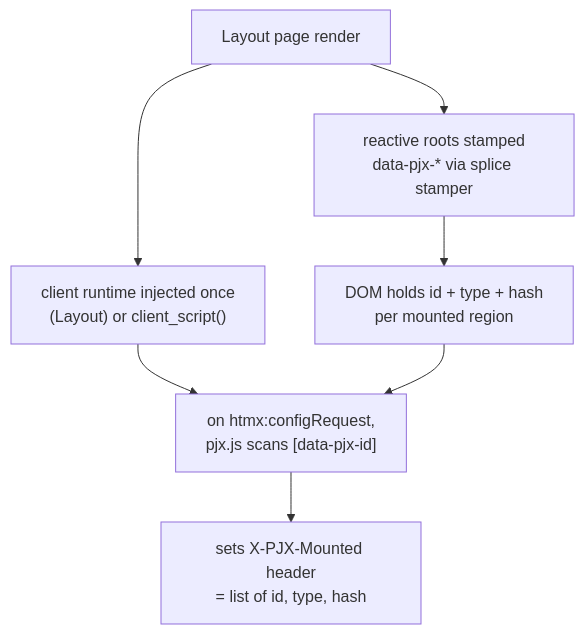
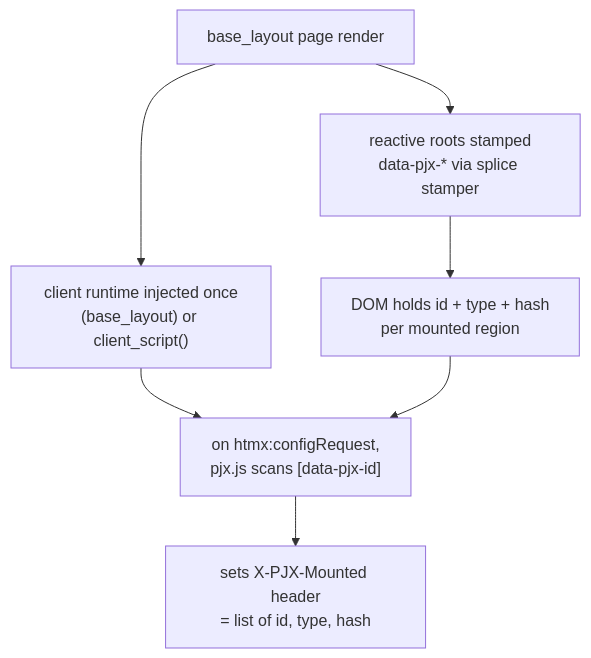
Before and after one commit to paulomtts/pyjinhx: the second of 5 diagrams in docs/reactivity.md, drawn with Mermaid. The commit also changed other lines of this file and 1 other file, not shown here.

First line of the commit message:
docs(reactive): ReactiveComponent, base_layout, and default dirtied

````diff
--- a/docs/reactivity.md
+++ b/docs/reactivity.md
@@ -196,9 +199,9 @@
 ```mermaid
 flowchart TD
-    A["Layout page render"] --> B["reactive roots stamped<br/>data-pjx-* via splice stamper"]
-    A --> C["client runtime injected once<br/>(Layout) or client_script()"]
+    A["base_layout page render"] --> B["reactive roots stamped<br/>data-pjx-* via splice stamper"]
+    A --> C["client runtime injected once<br/>(base_layout) or client_script()"]
     B --> D["DOM holds id + type + hash<br/>per mounted region"]
     C --> E["on htmx:configRequest,<br/>pjx.js scans [data-pjx-id]"]
     D --> E
     E --> F["sets X-PJX-Mounted header<br/>= list of id, type, hash"]
 ```
````
